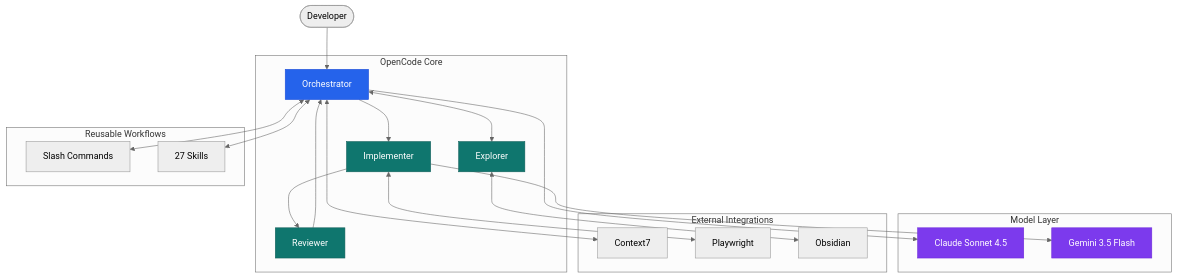
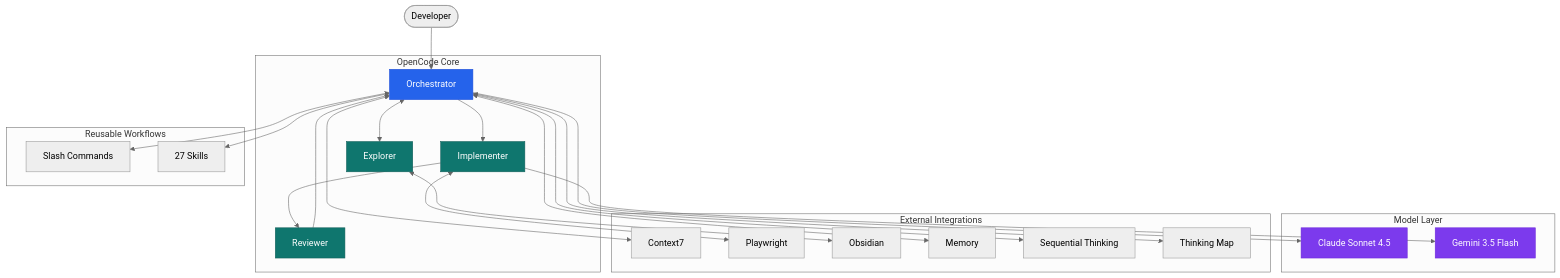
Before and after one commit to Bishwash-007/opencode-SWE: the fifth of 5 diagrams in Readme.md, drawn with Mermaid (neutral theme). The commit also changed other lines of this file and 2 other files, not shown here.

````diff
--- a/Readme.md
+++ b/Readme.md
@@ -633,51 +677,57 @@
 ```mermaid
 flowchart TB
     U([Developer])
 
     subgraph CORE["OpenCode Core"]
         O[Orchestrator]
         E[Explorer]
         I[Implementer]
         R[Reviewer]
     end
 
     subgraph WORKFLOWS["Reusable Workflows"]
         C[Slash Commands]
         S[27 Skills]
     end
 
     subgraph MODELS["Model Layer"]
         M1[Claude Sonnet 4.5]
         M2[Gemini 3.5 Flash]
     end
 
     subgraph INTEGRATIONS["External Integrations"]
         MCP1[Context7]
         MCP2[Playwright]
         MCP3[Obsidian]
+        MCP4[Memory]
+        MCP5[Sequential Thinking]
+        MCP6[Thinking Map]
     end
 
     U --> O
 
     O <--> E
     O --> I
     I --> R
     R --> O
 
     O <--> C
     O <--> S
 
     O --> M1
     I --> M2
 
     O <--> MCP1
     I <--> MCP2
     E <--> MCP3
+    O <--> MCP4
+    O <--> MCP5
+    O <--> MCP6
 
     classDef primary fill:#2563eb,color:#fff,stroke:#1d4ed8
     classDef agent fill:#0f766e,color:#fff,stroke:#115e59
     classDef model fill:#7c3aed,color:#fff,stroke:#6d28d9
     class O primary
     class E,I,R agent
     class M1,M2 model
 ```
````
